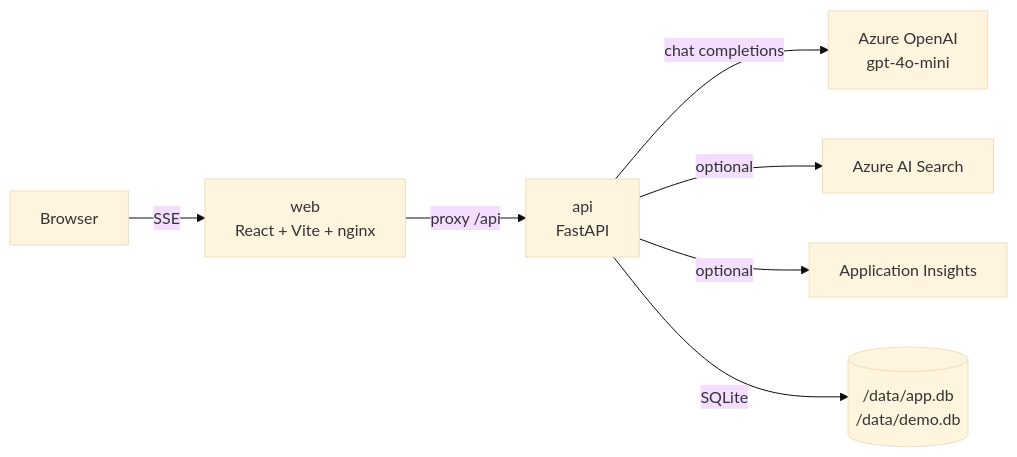
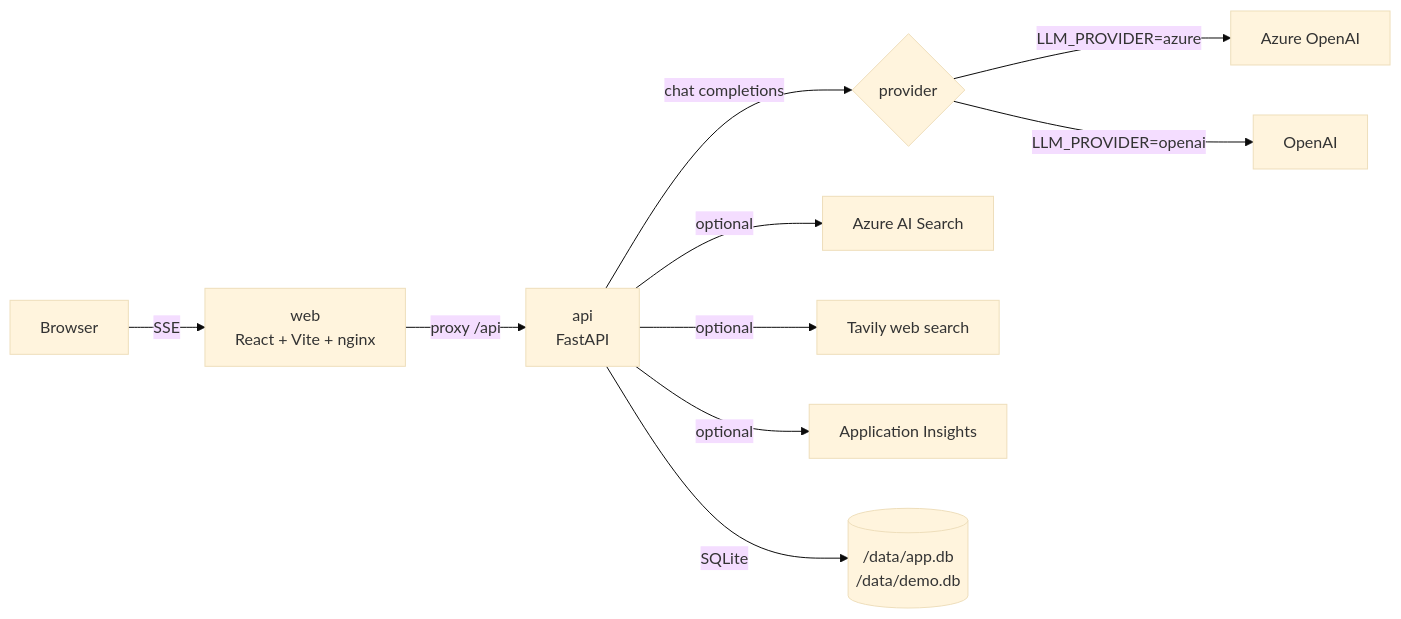
One commit to JGDallas/azure-ai-agent-quickstart changed the diagram in README.md. Above: the diagram before and after it, drawn with Mermaid (base theme). The commit also changed other lines of this file, not shown here.

````diff
--- a/README.md
+++ b/README.md
@@ -27,9 +42,12 @@
 ```mermaid
 flowchart LR
     U[Browser] -->|SSE| W[web<br/>React + Vite + nginx]
     W -->|proxy /api| A[api<br/>FastAPI]
-    A -->|chat completions| O[Azure OpenAI<br/>gpt-4o-mini]
+    A -->|chat completions| P{provider}
+    P -->|LLM_PROVIDER=azure| O1[Azure OpenAI]
+    P -->|LLM_PROVIDER=openai| O2[OpenAI]
     A -->|optional| S[Azure AI Search]
+    A -->|optional| T[Tavily web search]
     A -->|optional| AI[Application Insights]
     A -->|SQLite| D[(/data/app.db<br/>/data/demo.db)]
 ```
````
